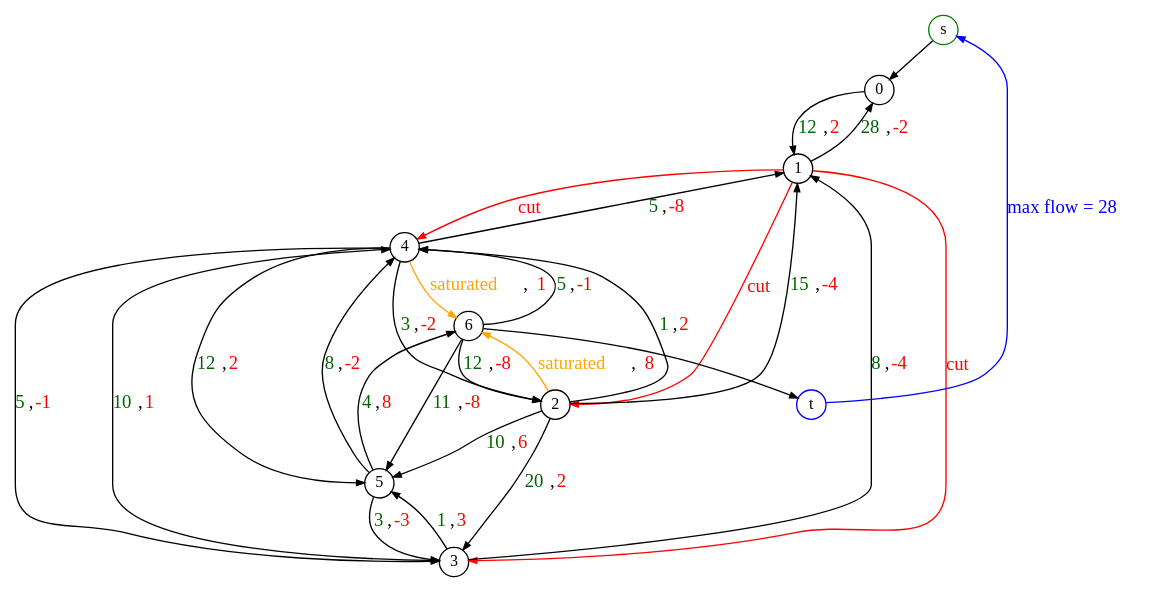
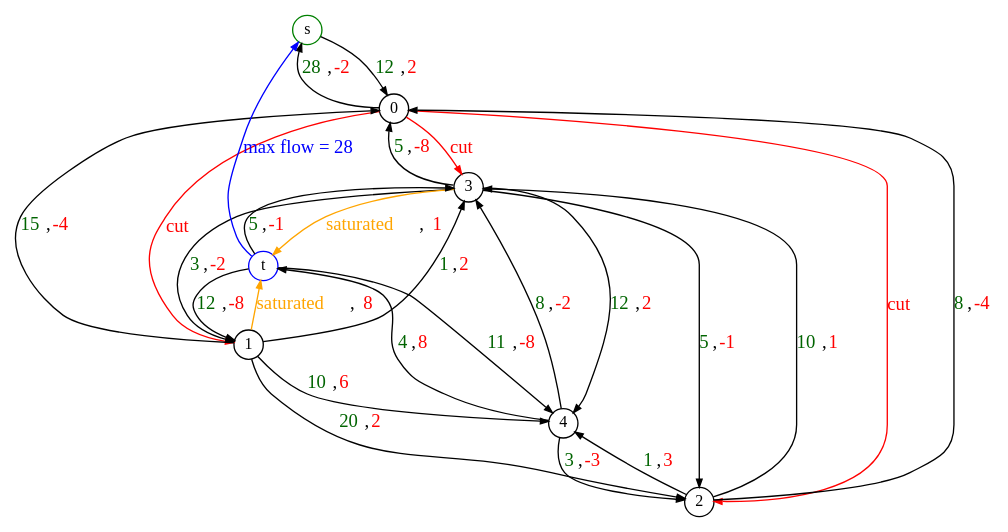
One commit to takitsu21/operation-research changed the diagram in graph.dot. Above: the diagram before and after it, drawn with Graphviz. The commit also changed 4 other files, not shown here.

```diff
--- a/graph.dot
+++ b/graph.dot
@@ -1,34 +1,37 @@
 digraph G {
     graph [nodesep="0.3", ranksep="0.3",fontsize=12]
     node [shape=circle,fixedsize=true,width=.3,height=.3,fontsize=12]
     edge [arrowsize=0.6]
-	s -> 0
 	0 -> 1 [label=<<font color="darkgreen">12</font>,<font color="red">2</font>>]
 	1 -> 0 [label=<<font color="darkgreen">28</font>,<font color="red">-2</font>>]
 	2 -> 1 [label=<<font color="darkgreen">15</font>,<font color="red">-4</font>>]
 	2 -> 3 [label=<<font color="darkgreen">20</font>,<font color="red">2</font>>]
 	2 -> 4 [label=<<font color="darkgreen">1</font>,<font color="red">2</font>>]
 	2 -> 5 [label=<<font color="darkgreen">10</font>,<font color="red">6</font>>]
 	2 -> 6 [color=orange, label=<<font color="orange">saturated</font>, <font color="red">8</font>>]
 	3 -> 1 [label=<<font color="darkgreen">8</font>,<font color="red">-4</font>>]
 	3 -> 4 [label=<<font color="darkgreen">10</font>,<font color="red">1</font>>]
 	3 -> 5 [label=<<font color="darkgreen">1</font>,<font color="red">3</font>>]
 	4 -> 1 [label=<<font color="darkgreen">5</font>,<font color="red">-8</font>>]
 	4 -> 2 [label=<<font color="darkgreen">3</font>,<font color="red">-2</font>>]
 	4 -> 3 [label=<<font color="darkgreen">5</font>,<font color="red">-1</font>>]
 	4 -> 5 [label=<<font color="darkgreen">12</font>,<font color="red">2</font>>]
 	4 -> 6 [color=orange, label=<<font color="orange">saturated</font>, <font color="red">1</font>>]
 	5 -> 3 [label=<<font color="darkgreen">3</font>,<font color="red">-3</font>>]
 	5 -> 4 [label=<<font color="darkgreen">8</font>,<font color="red">-2</font>>]
 	5 -> 6 [label=<<font color="darkgreen">4</font>,<font color="red">8</font>>]
 	6 -> 2 [label=<<font color="darkgreen">12</font>,<font color="red">-8</font>>]
 	6 -> 4 [label=<<font color="darkgreen">5</font>,<font color="red">-1</font>>]
 	6 -> 5 [label=<<font color="darkgreen">11</font>,<font color="red">-8</font>>]
 	1 -> 3 [color=red, label=<<font color="red">cut</font>>]
 	1 -> 2 [color=red, label=<<font color="red">cut</font>>]
 	1 -> 4 [color=red, label=<<font color="red">cut</font>>]
-	6 -> t 
-	t -> s [color=blue label=<<font color="blue">max flow = 28</font>>]
-	s [color=green]
-	t [color=blue]
+	6 -> 0 [color=blue label=<<font color="blue">max flow = 28</font>>]
+	0 [label="s" color=green]
+	6 [label="t" color=blue]
+	1 [label="0"]
+	2 [label="1"]
+	3 [label="2"]
+	4 [label="3"]
+	5 [label="4"]
 }
```
